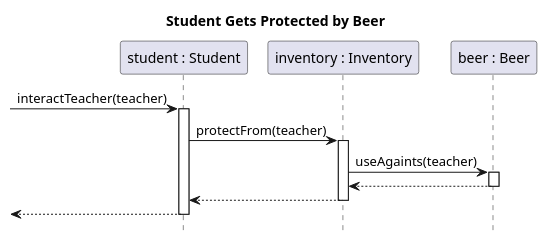
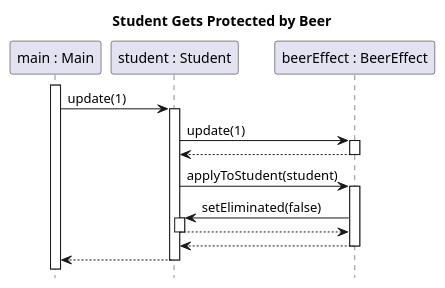
One commit to sn4k3ch4rm3r/logarlec changed the diagram in docs/diagrams/test-sequence/student-protected-by-beer.puml. Above: the diagram before and after it, drawn with PlantUML. The commit also changed 11 other files, not shown here.

Commit message:
Fixed mistakes in test sequences

```diff
--- a/docs/diagrams/test-sequence/student-protected-by-beer.puml
+++ b/docs/diagrams/test-sequence/student-protected-by-beer.puml
@@ -1,17 +1,21 @@
 @startuml student-protected-by-beer
 title Student Gets Protected by Beer
 hide footbox
 skinparam SequenceReferenceBackgroundColor white
 
+participant "main : Main" as main
+
 participant "student : Student" as student
-participant "inventory : Inventory" as inventory
-participant "beer : Beer" as beer
+participant "beerEffect : BeerEffect" as beer
 
-[-> student ++: interactTeacher(teacher)
-	student -> inventory ++: protectFrom(teacher)
-        inventory -> beer ++: useAgaints(teacher)
-        return
+main++
+main -> student ++: update(1)
+	student -> beer ++: update(1)
+	return
+	student -> beer ++: applyToStudent(student)
+		beer -> student ++: setEliminated(false)
+		return
 	return
 return
 
 @enduml
```
